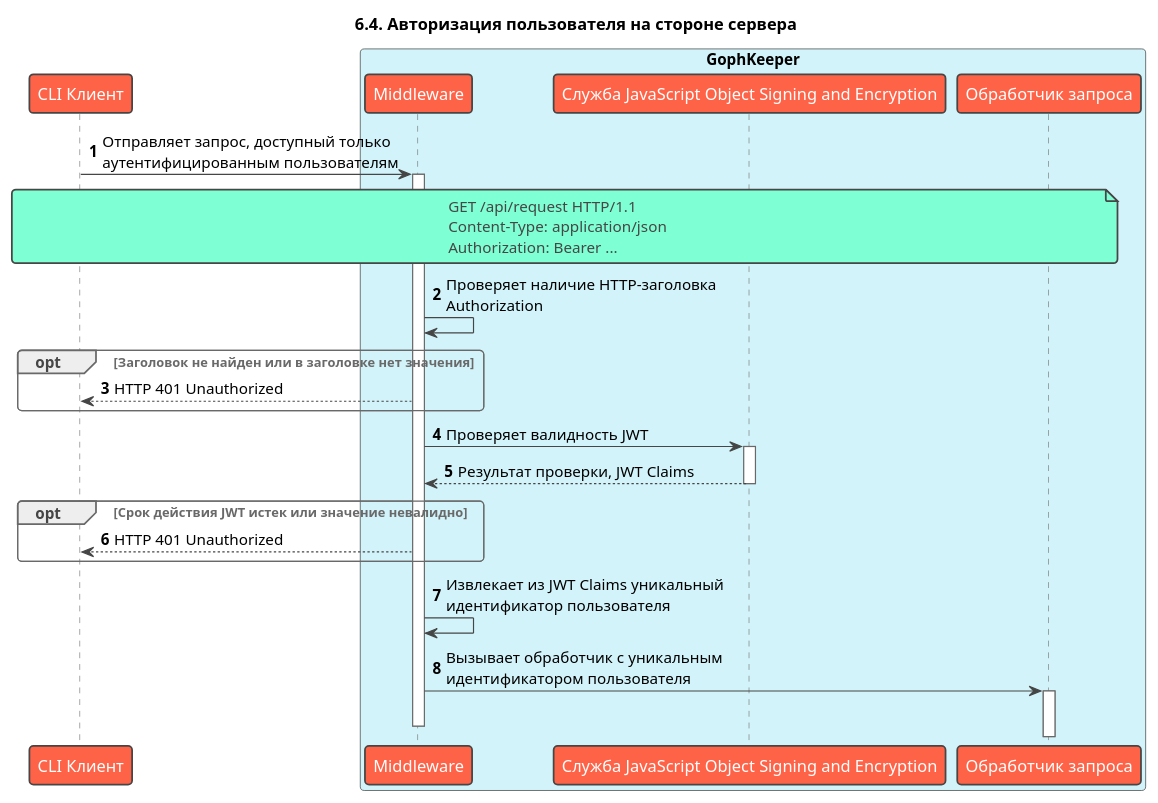
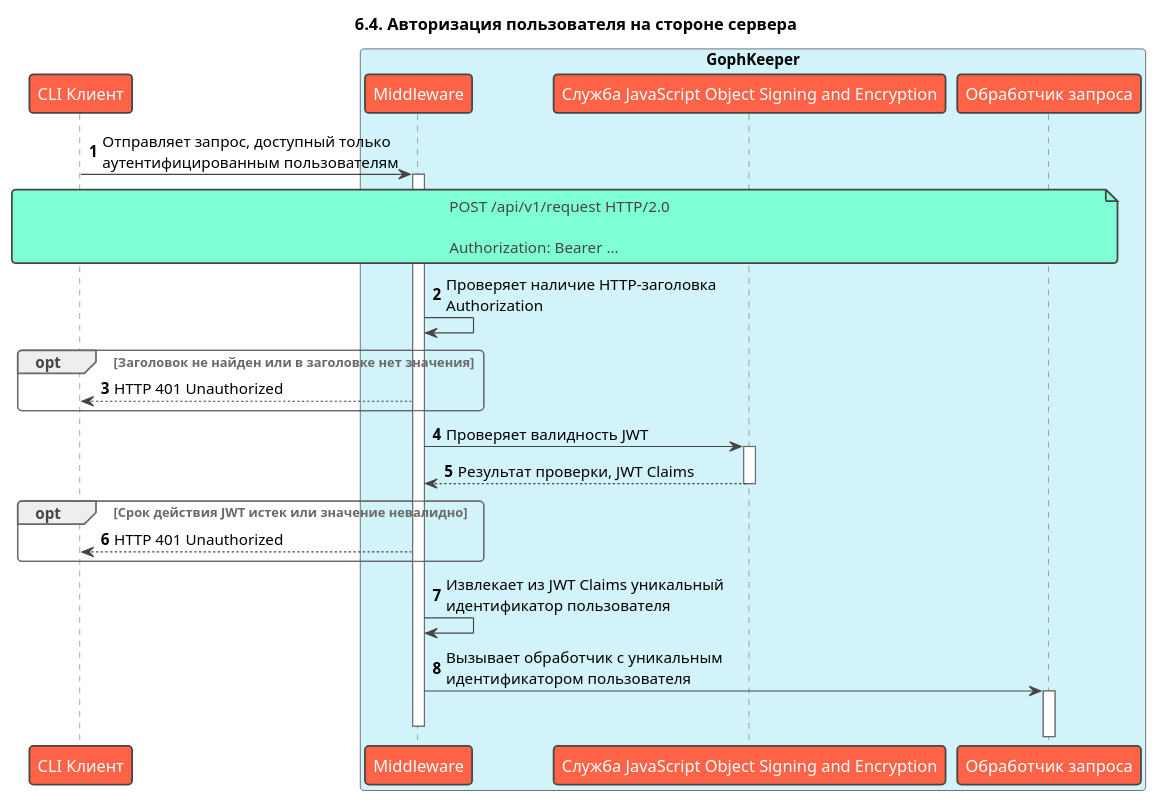
Before and after one commit to Nickolasll/GophKeeper: the diagram in docs/arc42/6. Runtime View/6.4 Server Auth Middleware.puml, drawn with PlantUML. The commit also changed 24 other files, not shown here.

```diff
--- a/docs/arc42/6. Runtime View/6.4 Server Auth Middleware.puml
+++ b/docs/arc42/6. Runtime View/6.4 Server Auth Middleware.puml
@@ -1,35 +1,35 @@
 @startuml
 !theme vibrant
 title: 6.4. Авторизация пользователя на стороне сервера
 skinparam maxMessageSize 300
 autonumber
 
 participant "CLI Клиент" as client
 box "GophKeeper" #d3f3fa
     participant "Middleware" as middleware
     participant "Служба JavaScript Object Signing and Encryption" as jose
     participant "Обработчик запроса" as handler
 end box
 
 client -> middleware ++ : Отправляет запрос, доступный только аутентифицированным пользователям
 note over client, handler
-    GET /api/request HTTP/1.1
-    Content-Type: application/json 
+    POST /api/v1/request HTTP/2.0
+    
     Authorization: Bearer ...
 end note
 
 middleware -> middleware: Проверяет наличие HTTP-заголовка Authorization
 opt Заголовок не найден или в заголовке нет значения
     middleware --> client: HTTP 401 Unauthorized
 end
 
 middleware -> jose ++: Проверяет валидность JWT
 return Результат проверки, JWT Claims
 opt Срок действия JWT истек или значение невалидно
     middleware --> client: HTTP 401 Unauthorized
 end
 
 middleware -> middleware: Извлекает из JWT Claims уникальный идентификатор пользователя
 middleware -> handler ++ : Вызывает обработчик с уникальным идентификатором пользователя
 deactivate middleware
 @enduml
```
